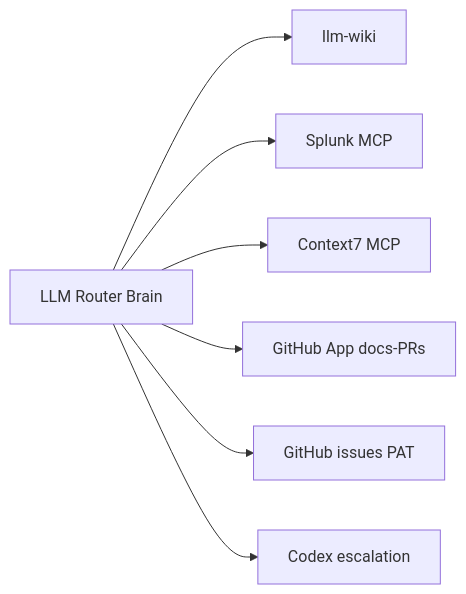
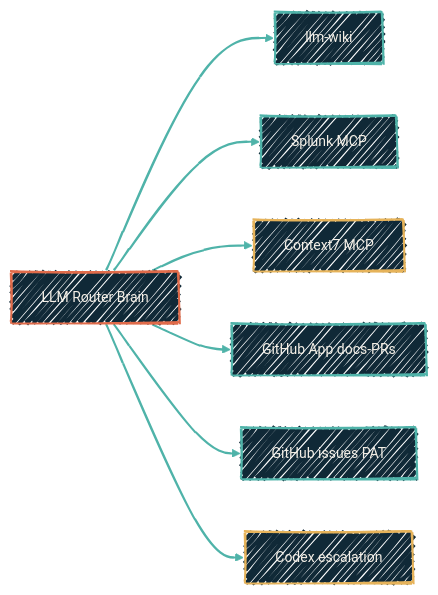
The second of 2 diagrams in autonomous-agents/hermes-agent.mdx (dryvist/docs), drawn with Mermaid before and after one commit. The commit also changed other lines of this file, not shown here.

Commit message:
docs: fix missing Mermaid theme directive in hermes-agent diagrams

````diff
--- a/autonomous-agents/hermes-agent.mdx
+++ b/autonomous-agents/hermes-agent.mdx
@@ -113,9 +124,20 @@
 ```mermaid
+%%{init: {'theme':'base','look':'handDrawn','themeVariables':{'fontFamily':'Geist','fontSize':'14px','primaryColor':'#102937','primaryTextColor':'#F4EFE6','primaryBorderColor':'#4FB3A9','lineColor':'#4FB3A9','secondaryColor':'#0B1D2A','tertiaryColor':'#1A2A38','clusterBkg':'rgba(79,179,169,0.08)','clusterBorder':'#4FB3A9'}}}%%
 flowchart LR
     Brain[LLM Router Brain] --> LLMWiki[llm-wiki]
     Brain --> SplunkMCP[Splunk MCP]
     Brain --> Context7[Context7 MCP]
     Brain --> GitHubApp[GitHub App docs-PRs]
     Brain --> GitHubPAT[GitHub issues PAT]
     Brain --> Codex[Codex escalation]
+
+    classDef ai       fill:#102937,stroke:#E06B4A,stroke-width:2px,color:#F4EFE6;
+    classDef hop      fill:#102937,stroke:#4FB3A9,stroke-width:2px,color:#F4EFE6;
+    classDef external fill:#102937,stroke:#E6B35A,stroke-width:2px,color:#F4EFE6;
+
+    class Brain ai
+    class LLMWiki,SplunkMCP,GitHubApp,GitHubPAT hop
+    class Context7,Codex external
+
+    linkStyle 0,1,2,3,4,5 stroke:#4FB3A9,stroke-width:2px;
 ```
````
